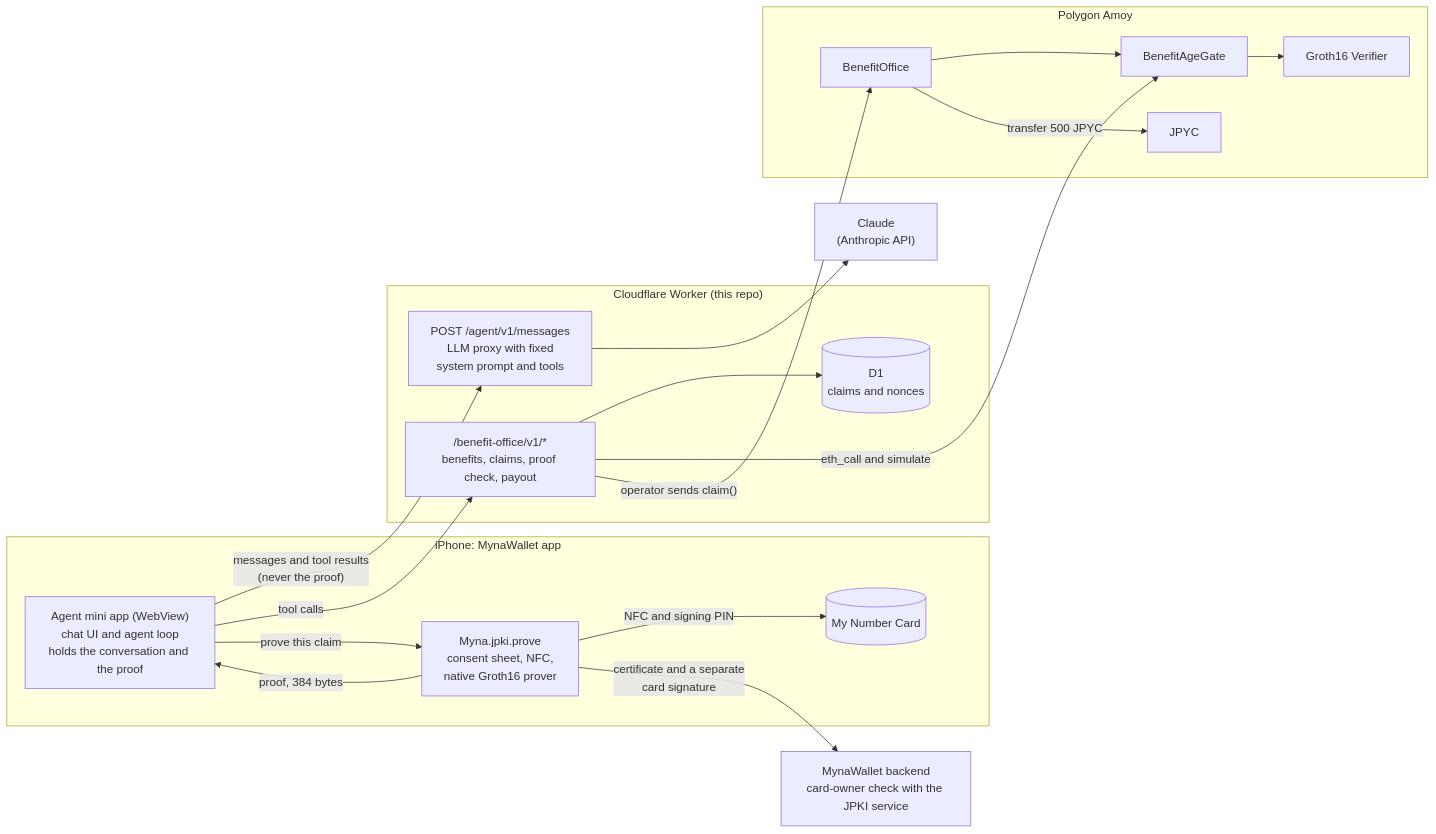
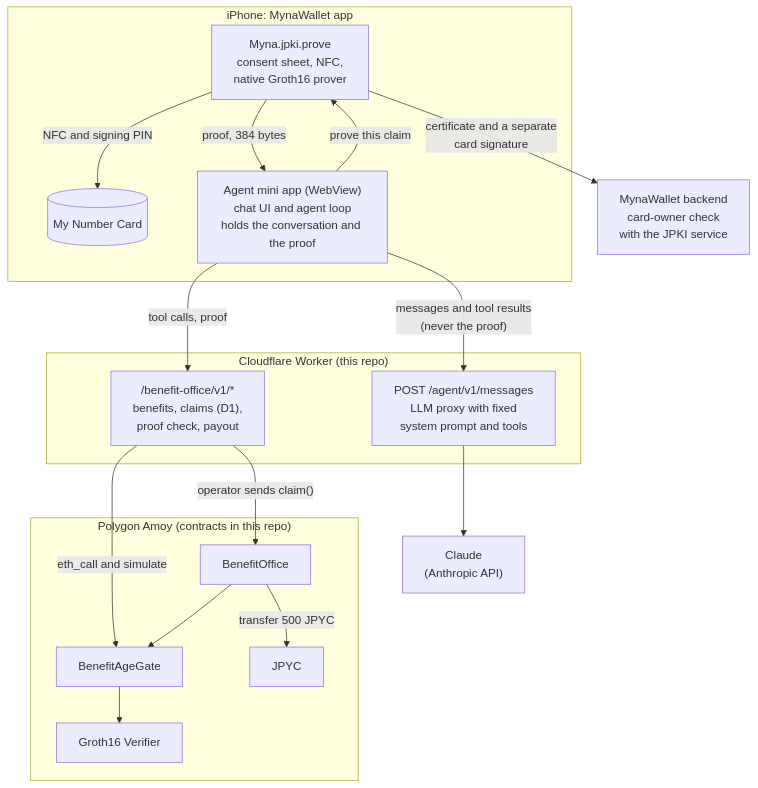
One commit to a42x/ETHGlobalTokyo2026 changed the first of 2 diagrams in README.md. Above: the diagram before and after it, drawn with Mermaid. The commit also changed other lines of this file and 2 other files, not shown here.

Commit message:
docs: add the agent-driven v2 run and say what the owner check sends
- submission-zk: add the test-card claim that ran through the agent
  (0x8287b5fd…, block 48581208). Say that the card-owner check sends
  the signing certificate and a separate card signature to MynaWallet's
  backend, and that the real-card runs predate that check. Point to the
  README for the agent side, and refresh the status time.
- The 2026-09-25 plan now says at the top that it is the starting plan
  and points to the README and submission-zk for what was built.
- README: draw the architecture top to bottom. Claude now sits apart
  from the chain, so it no longer looks as if Claude calls the contract.
  Call the earlier payout "to the same wallet"; both transfers went to
  the same address, but we did not check that the card was the same.

Refs #32

````diff
--- a/README.md
+++ b/README.md
@@ -56,35 +56,33 @@
 ```mermaid
-flowchart LR
+flowchart TB
   subgraph phone["iPhone: MynaWallet app"]
+    card[("My Number Card")]
+    prover["Myna.jpki.prove<br/>consent sheet, NFC,<br/>native Groth16 prover"]
     miniapp["Agent mini app (WebView)<br/>chat UI and agent loop<br/>holds the conversation and the proof"]
-    prover["Myna.jpki.prove<br/>consent sheet, NFC,<br/>native Groth16 prover"]
-    card[("My Number Card")]
   end
+  backend["MynaWallet backend<br/>card-owner check<br/>with the JPKI service"]
+  claude["Claude<br/>(Anthropic API)"]
   subgraph worker["Cloudflare Worker (this repo)"]
+    office["/benefit-office/v1/*<br/>benefits, claims (D1),<br/>proof check, payout"]
     proxy["POST /agent/v1/messages<br/>LLM proxy with fixed<br/>system prompt and tools"]
-    office["/benefit-office/v1/*<br/>benefits, claims, proof check, payout"]
-    db[("D1<br/>claims and nonces")]
   end
-  claude["Claude<br/>(Anthropic API)"]
-  backend["MynaWallet backend<br/>card-owner check with the JPKI service"]
-  subgraph amoy["Polygon Amoy"]
+  subgraph amoy["Polygon Amoy (contracts in this repo)"]
     bo["BenefitOffice"]
     gate["BenefitAgeGate"]
     verifier["Groth16 Verifier"]
     jpyc["JPYC"]
   end
 
+  prover -- "NFC and signing PIN" --> card
+  prover -- "certificate and a separate<br/>card signature" --> backend
+  miniapp -- "prove this claim" --> prover
+  prover -- "proof, 384 bytes" --> miniapp
   miniapp -- "messages and tool results<br/>(never the proof)" --> proxy
   proxy --> claude
-  miniapp -- "tool calls" --> office
-  miniapp -- "prove this claim" --> prover
-  prover -- "NFC and signing PIN" --> card
-  prover -- "certificate and a separate<br/>card signature" --> backend
-  prover -- "proof, 384 bytes" --> miniapp
-  office --> db
+  miniapp -- "tool calls, proof" --> office
   office -- "eth_call and simulate" --> gate
   office -- "operator sends claim()" --> bo
   bo --> gate
   gate --> verifier
   bo -- "transfer 500 JPYC" --> jpyc
 ```
````
